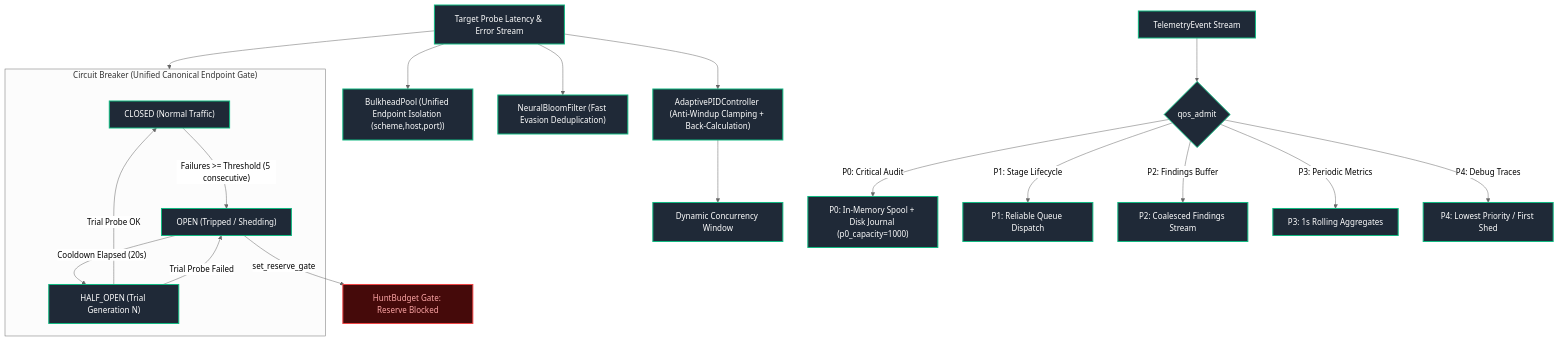
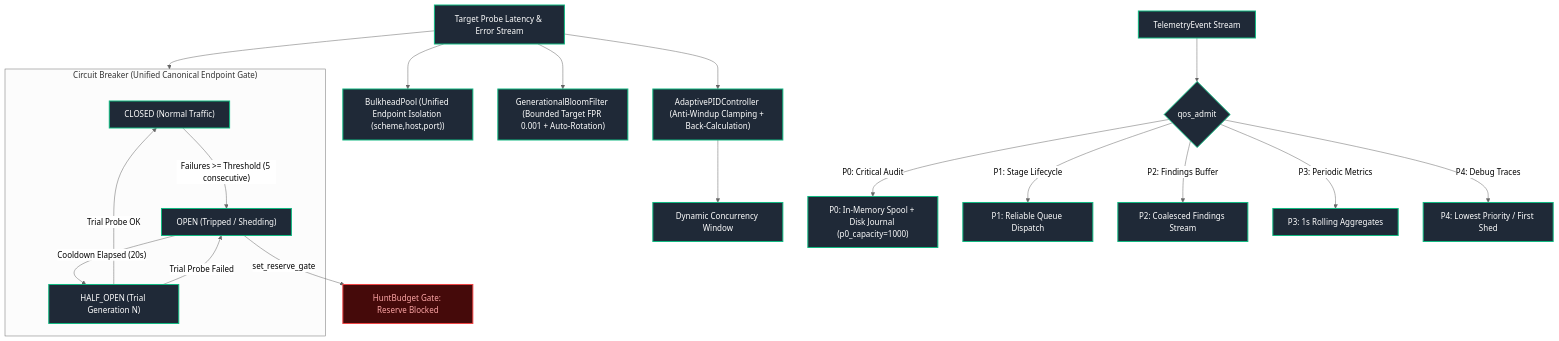
The ninth of 16 diagrams in docs/flowchart.md (AviralGup7/Singularity-Zero), drawn with Mermaid (neutral theme) before and after one commit. The commit also changed 2 other files, not shown here.

Commit message:
feat(bloom): implement bounded target FPR (0.001), ground-truth validation, and auto-rotation in GenerationalBloomFilter

````diff
--- a/docs/flowchart.md
+++ b/docs/flowchart.md
@@ -655,28 +655,28 @@
 ```mermaid
 flowchart TD
     classDef impl fill:#1f2937,stroke:#10b981,stroke-width:2px,color:#fff;
     classDef singleNode fill:#1e293b,stroke:#0ea5e9,stroke-width:1px,stroke-dasharray:3 3,color:#fff;
     classDef library fill:#334155,stroke:#64748b,stroke-width:1px,color:#fff;
     classDef specOnly fill:#1e1b4b,stroke:#818cf8,stroke-width:1px,stroke-dasharray:4 4,color:#fff;
     classDef vacuous fill:#27272a,stroke:#71717a,stroke-width:1px,color:#a1a1aa;
     classDef forbidden fill:#450a0a,stroke:#ef4444,stroke-width:2px,color:#fca5a5;
 
     Load["Target Probe Latency & Error Stream"]:::impl --> PID["AdaptivePIDController (Anti-Windup Clamping + Back-Calculation)"]:::impl
     PID --> Conc["Dynamic Concurrency Window"]:::impl
     Load --> Bulk["BulkheadPool (Unified Endpoint Isolation (scheme,host,port))"]:::impl
-    Load --> Bloom["NeuralBloomFilter (Fast Evasion Deduplication)"]:::impl
+    Load --> Bloom["GenerationalBloomFilter (Bounded Target FPR 0.001 + Auto-Rotation)"]:::impl
     Load --> CB
     subgraph CB["Circuit Breaker (Unified Canonical Endpoint Gate)"]
         CLOSED["CLOSED (Normal Traffic)"]:::impl -->|"Failures >= Threshold (5 consecutive)"| OPEN["OPEN (Tripped / Shedding)"]:::impl
         OPEN -->|"Cooldown Elapsed (20s)"| HALF_OPEN["HALF_OPEN (Trial Generation N)"]:::impl
         HALF_OPEN -->|"Trial Probe OK"| CLOSED
         HALF_OPEN -->|"Trial Probe Failed"| OPEN
     end
     OPEN -->|"set_reserve_gate"| NoTicket["HuntBudget Gate: Reserve Blocked"]:::forbidden
     Evt["TelemetryEvent Stream"]:::impl --> Q{"qos_admit"}:::impl
     Q -->|P0: Critical Audit| P0["P0: In-Memory Spool + Disk Journal (p0_capacity=1000)"]:::impl
     Q -->|P1: Stage Lifecycle| P1["P1: Reliable Queue Dispatch"]:::impl
     Q -->|P2: Findings Buffer| P2["P2: Coalesced Findings Stream"]:::impl
     Q -->|P3: Periodic Metrics| P3["P3: 1s Rolling Aggregates"]:::impl
     Q -->|P4: Debug Traces| P4["P4: Lowest Priority / First Shed"]:::impl
 ```
````
